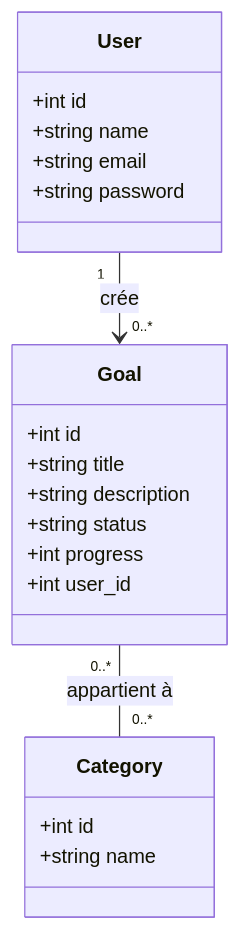
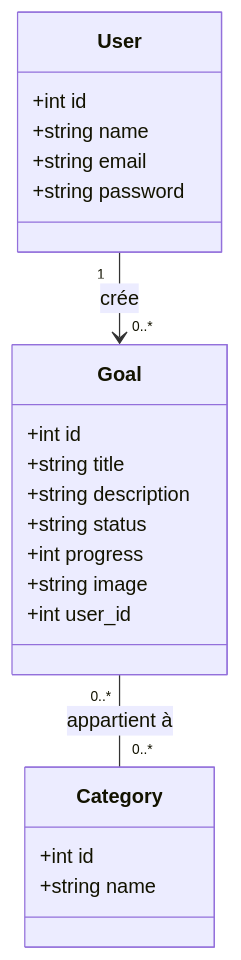
Before and after one commit to abdelhaymallouli/Goals-Tracker: the diagram in README.md, drawn with Mermaid. The commit also changed other lines of this file and 2 other files, not shown here.

````diff
--- a/README.md
+++ b/README.md
@@ -81,29 +85,30 @@
 ```mermaid
 classDiagram
     class User {
         +int id
         +string name
         +string email
         +string password
     }
 
     class Goal {
         +int id
         +string title
         +string description
         +string status
         +int progress
+        +string image
         +int user_id
     }
 
     class Category {
         +int id
         +string name
     }
 
 
 
     User "1" --> "0..*" Goal : crée
     Goal "0..*" -- "0..*" Category : appartient à
 
 ```
````
